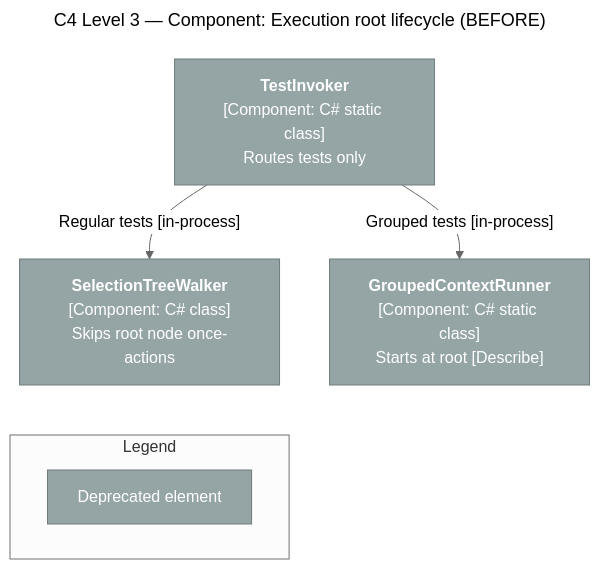
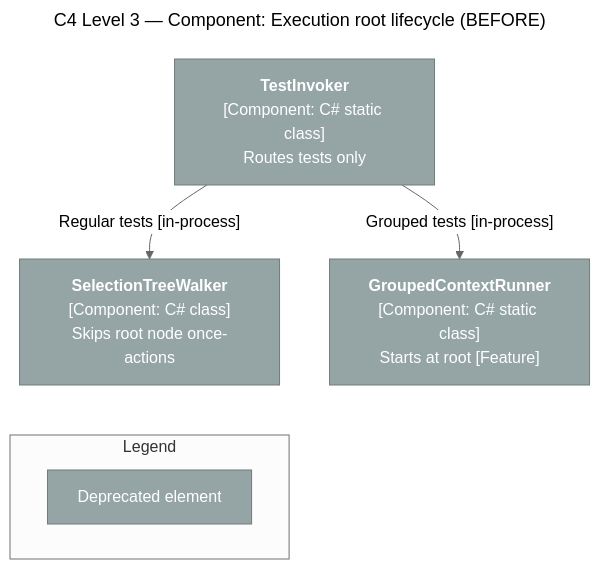
One commit to yozepi/Specs changed the tenth of 33 diagrams in memory-bank/systemPatterns.md. Above: the diagram before and after it, drawn with Mermaid. The commit also changed other lines of this file and 97 other files, not shown here.

````diff
--- a/memory-bank/systemPatterns.md
+++ b/memory-bank/systemPatterns.md
@@ -463,22 +463,22 @@
 ```mermaid
 ---
 title: "C4 Level 3 — Component: Execution root lifecycle (BEFORE)"
 ---
 %%{init: {'theme': 'neutral'}}%%
 flowchart TD
     INV["<b>TestInvoker</b><br/>[Component: C# static class]<br/>Routes tests only"]:::deprecated
     SW["<b>SelectionTreeWalker</b><br/>[Component: C# class]<br/>Skips root node once-actions"]:::deprecated
-    GR["<b>GroupedContextRunner</b><br/>[Component: C# static class]<br/>Starts at root [Describe]"]:::deprecated
+    GR["<b>GroupedContextRunner</b><br/>[Component: C# static class]<br/>Starts at root [Feature]"]:::deprecated
 
     INV -->|"Regular tests [in-process]"| SW
     INV -->|"Grouped tests [in-process]"| GR
 
     subgraph LEGEND["Legend"]
         direction LR
         L1["Deprecated element"]:::deprecated
     end
 
     SW ~~~ LEGEND
 
     classDef deprecated fill:#95A5A6,stroke:#707B7C,color:#fff
 ```
````
